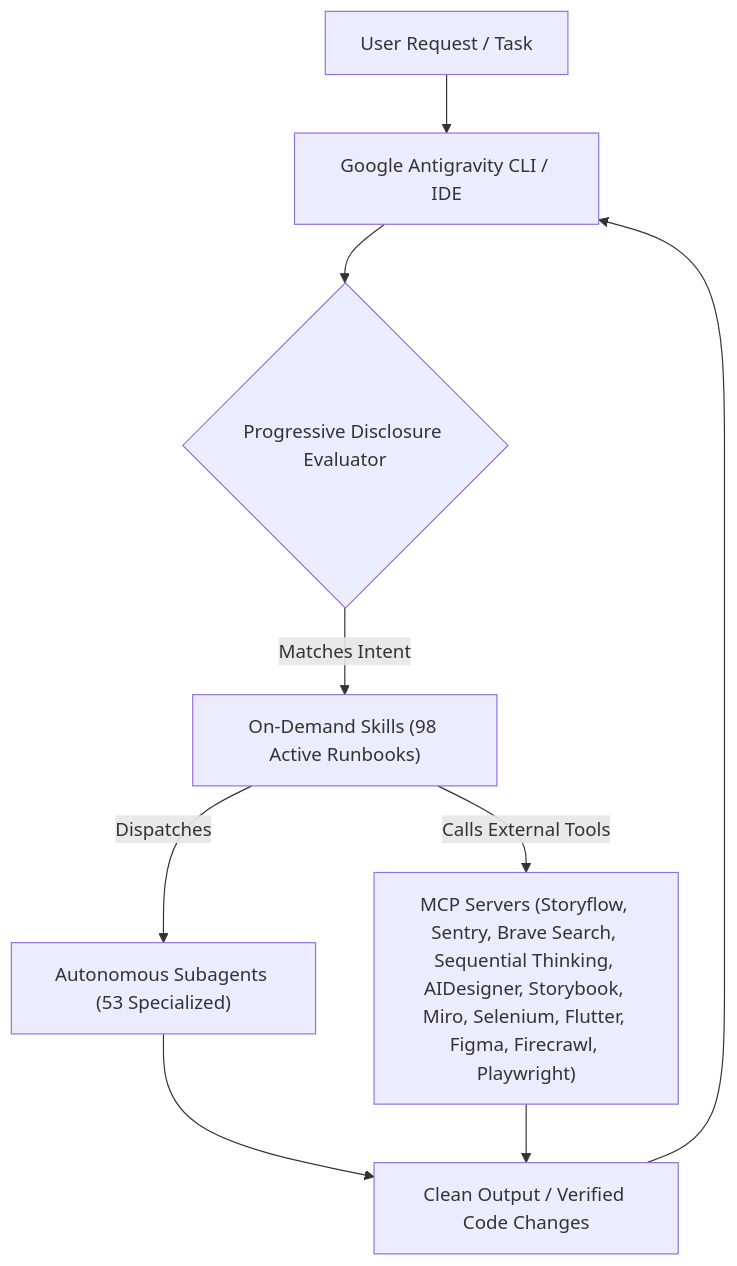
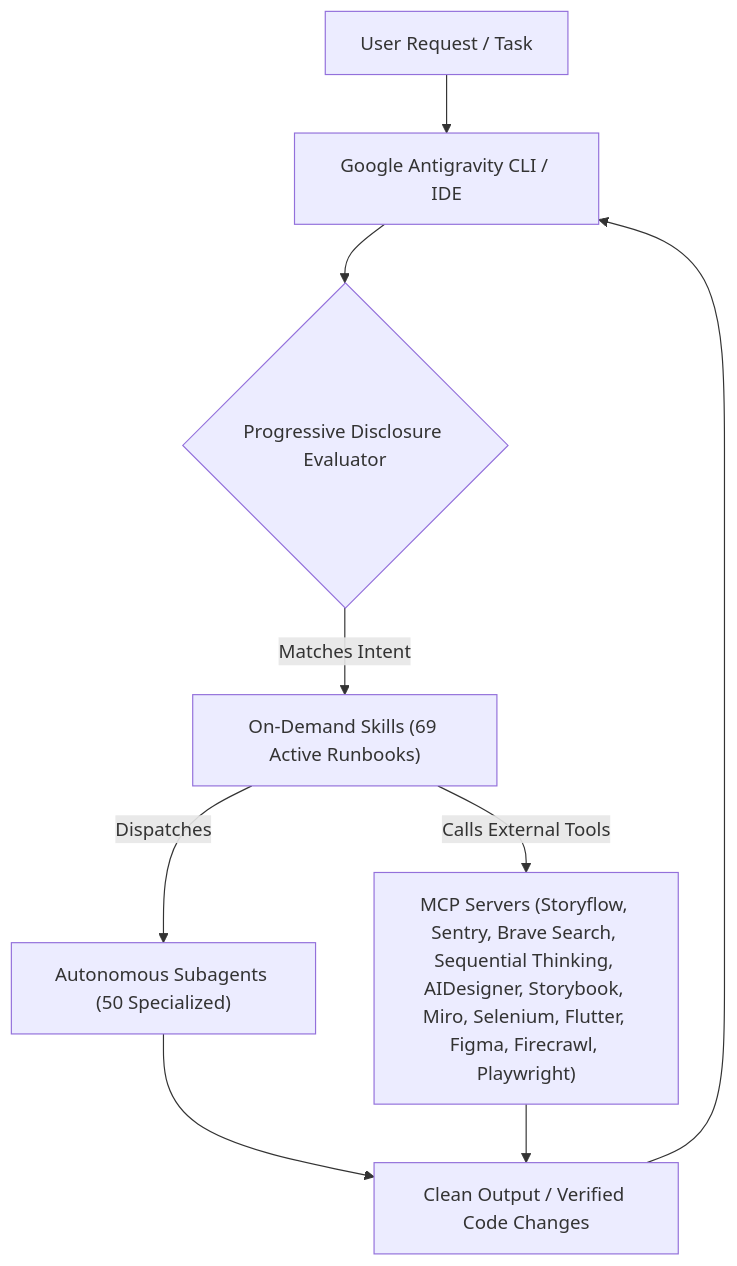
Before and after one commit to Ganeshbeldar015/Antigravity-Skills: the diagram in README.md, drawn with Mermaid. The commit also changed other lines of this file and 142 other files, not shown here.

````diff
--- a/README.md
+++ b/README.md
@@ -263,19 +240,19 @@
 ```mermaid
 flowchart TD
     U["User Request / Task"]
     CLI["Google Antigravity CLI / IDE"]
     PD{"Progressive Disclosure Evaluator"}
-    SK["On-Demand Skills (98 Active Runbooks)"]
-    AG["Autonomous Subagents (53 Specialized)"]
+    SK["On-Demand Skills (69 Active Runbooks)"]
+    AG["Autonomous Subagents (50 Specialized)"]
     MCP["MCP Servers (Storyflow, Sentry, Brave Search, Sequential Thinking, AIDesigner, Storybook, Miro, Selenium, Flutter, Figma, Firecrawl, Playwright)"]
     RES["Clean Output / Verified Code Changes"]
 
     U --> CLI
     CLI --> PD
     PD -->|Matches Intent| SK
     SK -->|Dispatches| AG
     SK -->|Calls External Tools| MCP
     AG --> RES
     MCP --> RES
     RES --> CLI
 ```
````
